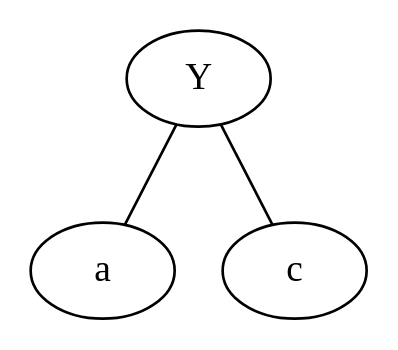
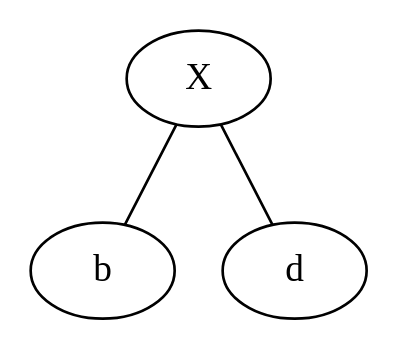
The diagram in data/P2.dot (joannb1022/GraphTransformations), drawn with Graphviz before and after one commit. The commit also changed 15 other files, not shown here.

```diff
--- a/data/P2.dot
+++ b/data/P2.dot
@@ -1,7 +1,7 @@
 graph R {
-    r1 [label = "Y"];
-    r2 [label = "a"];
-    r3 [label = "c"];
+    r1 [label = "X"];
+    r2 [label = "b"];
+    r3 [label = "d"];
     r1 -- r2;
     r1 -- r3;
 }
```
